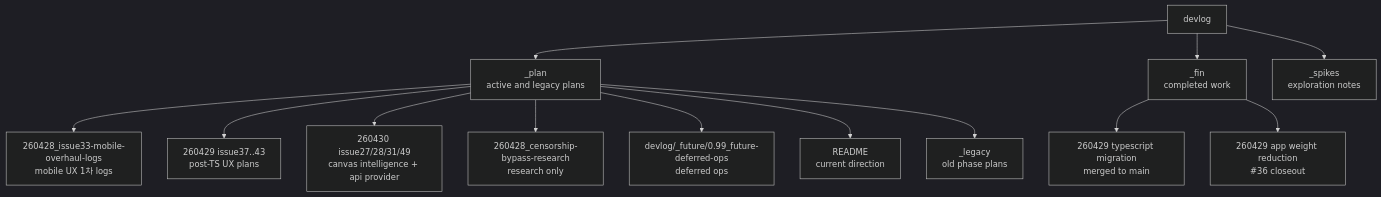
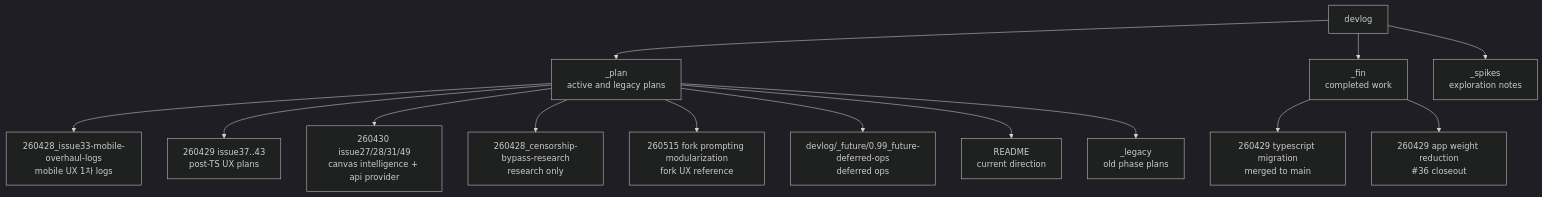
Before and after one commit to ChatPoongKun/ima2-gen: the diagram in structure/07-devlog-map.md, drawn with Mermaid (dark theme). The commit also changed other lines of this file and 1 other file, not shown here.

````diff
--- a/structure/07-devlog-map.md
+++ b/structure/07-devlog-map.md
@@ -19,15 +19,16 @@
 ```mermaid
 graph TD
     DEV["devlog"] --> PLAN["_plan<br/>active and legacy plans"]
     DEV --> FIN["_fin<br/>completed work"]
     DEV --> SPIKES["_spikes<br/>exploration notes"]
     PLAN --> MOBILE["260428_issue33-mobile-overhaul-logs<br/>mobile UX 1차 logs"]
     PLAN --> UX["260429 issue37..43<br/>post-TS UX plans"]
     PLAN --> INTEL["260430 issue27/28/31/49<br/>canvas intelligence + api provider"]
     PLAN --> RESEARCH["260428_censorship-bypass-research<br/>research only"]
+    PLAN --> FORK["260515 fork prompting modularization<br/>fork UX reference"]
     PLAN --> FUTURE["devlog/_future/0.99_future-deferred-ops<br/>deferred ops"]
     PLAN --> ROAD["README<br/>current direction"]
     PLAN --> LEGACY["_legacy<br/>old phase plans"]
     FIN --> TS_DONE["260429 typescript migration<br/>merged to main"]
     FIN --> PERF_DONE["260429 app weight reduction<br/>#36 closeout"]
 ```
````
